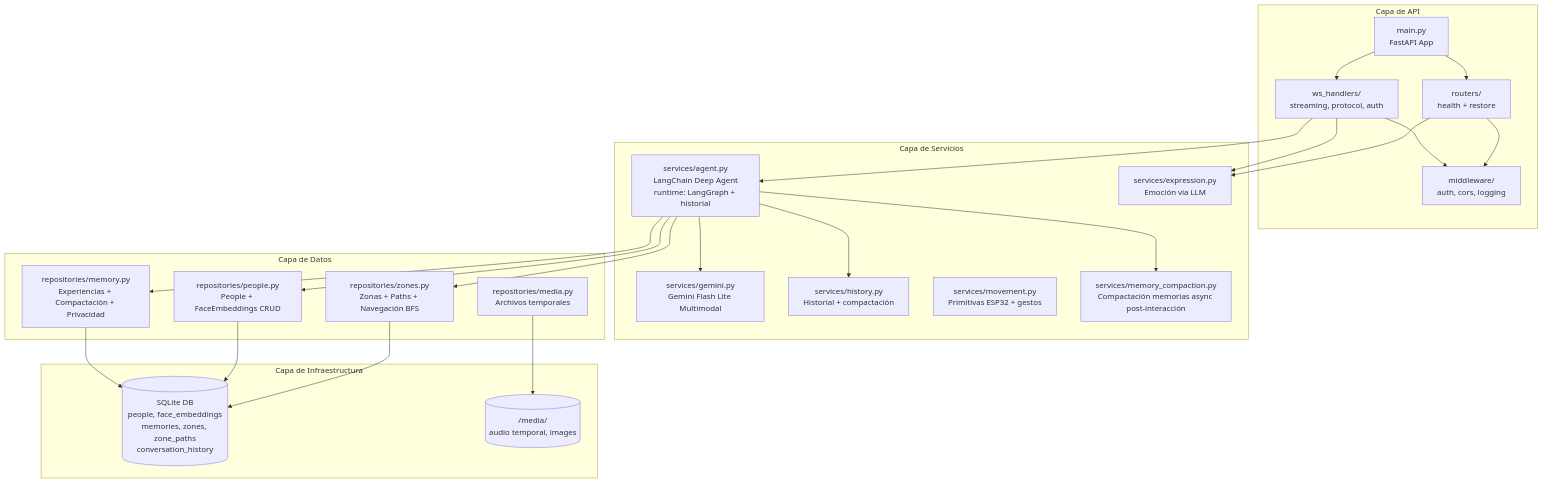
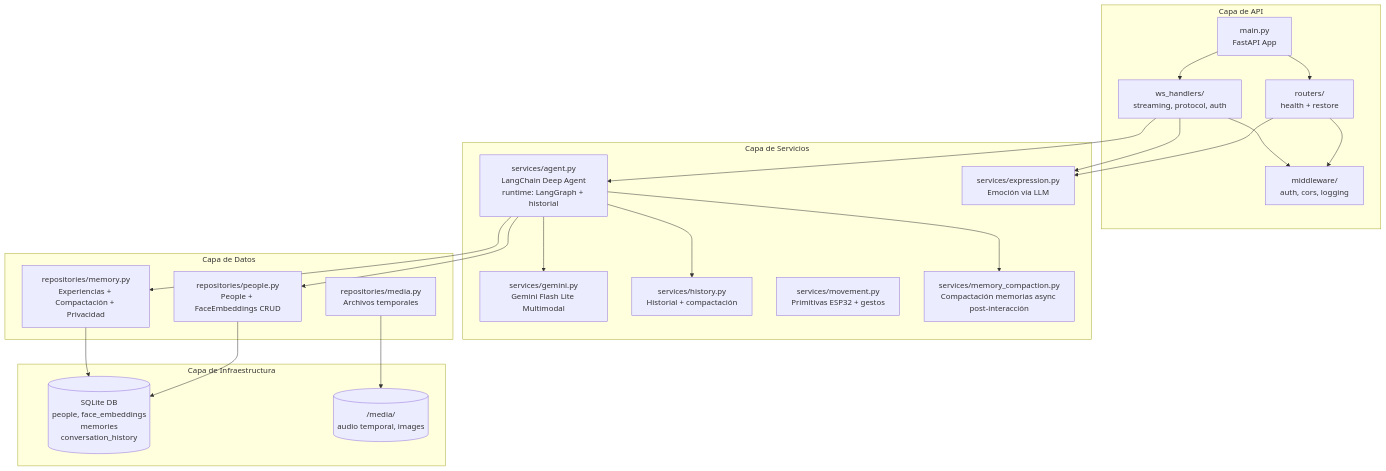
One commit to mikeNieto/moji_backend changed the fifth of 31 diagrams in architecture/robot_architecture.md. Above: the diagram before and after it, drawn with Mermaid. The commit also changed other lines of this file and 17 other files, not shown here.

Commit message:
Refactor agent and memory handling for v2.0: remove zone-related features, update memory context structure, and streamline websocket interactions. Adjust tests accordingly to reflect changes in memory and zone management.

````diff
--- a/architecture/robot_architecture.md
+++ b/architecture/robot_architecture.md
@@ -392,50 +318,47 @@
 ```mermaid
 graph TB
     subgraph "Capa de API"
         MAIN[main.py<br/>FastAPI App]
         WS[ws_handlers/<br/>streaming, protocol, auth]
         ROUTES[routers/<br/>health + restore]
         MIDDLEWARE[middleware/<br/>auth, cors, logging]
     end
     
     subgraph "Capa de Servicios"
         AGENT_SERVICE[services/agent.py<br/>LangChain Deep Agent<br/>runtime: LangGraph + historial]
         GEMINI_SERVICE[services/gemini.py<br/>Gemini Flash Lite Multimodal]
         EXPR_SERVICE[services/expression.py<br/>Emoción vía LLM]
         HISTORY_SERVICE[services/history.py<br/>Historial + compactación]
         MOVEMENT_SERVICE[services/movement.py<br/>Primitivas ESP32 + gestos]
         COMPACT_SERVICE[services/memory_compaction.py<br/>Compactación memorias async post-interacción]
     end
     
     subgraph "Capa de Datos"
         PEOPLE_REPO[repositories/people.py<br/>People + FaceEmbeddings CRUD]
         MEM_REPO[repositories/memory.py<br/>Experiencias + Compactación + Privacidad]
-        ZONES_REPO[repositories/zones.py<br/>Zonas + Paths + Navegación BFS]
         MEDIA_REPO[repositories/media.py<br/>Archivos temporales]
     end
     
     subgraph "Capa de Infraestructura"
-        DB[(SQLite DB<br/>people, face_embeddings<br/>memories, zones, zone_paths<br/>conversation_history)]
+        DB[(SQLite DB<br/>people, face_embeddings<br/>memories<br/>conversation_history)]
         FILES[(/media/<br/>audio temporal, images)]
     end
     
     MAIN --> WS
     MAIN --> ROUTES
     WS --> MIDDLEWARE
     ROUTES --> MIDDLEWARE
     WS --> AGENT_SERVICE
     WS --> EXPR_SERVICE
     ROUTES --> EXPR_SERVICE
 
     AGENT_SERVICE --> GEMINI_SERVICE
     AGENT_SERVICE --> HISTORY_SERVICE
     AGENT_SERVICE --> MEM_REPO
     AGENT_SERVICE --> PEOPLE_REPO
-    AGENT_SERVICE --> ZONES_REPO
     AGENT_SERVICE --> COMPACT_SERVICE
 
     MEM_REPO --> DB
     PEOPLE_REPO --> DB
-    ZONES_REPO --> DB
     MEDIA_REPO --> FILES
 ```
````
